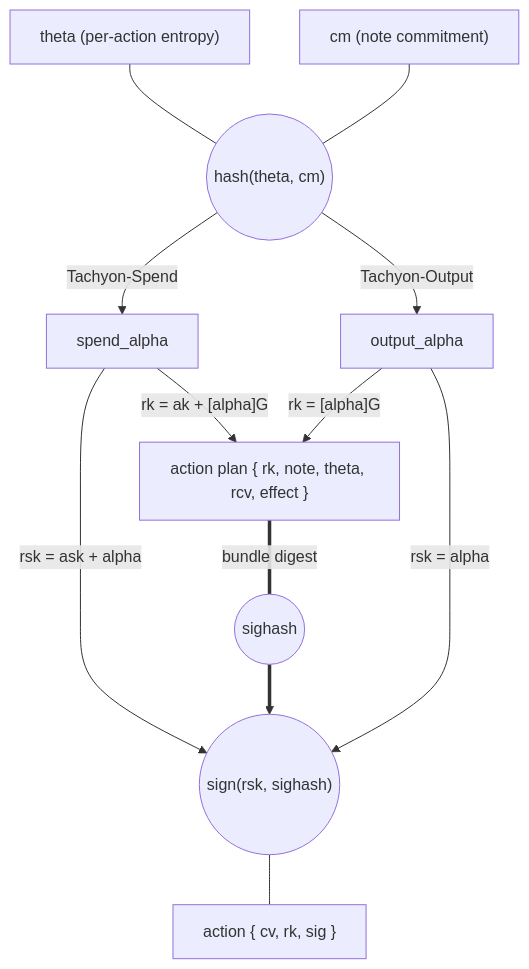
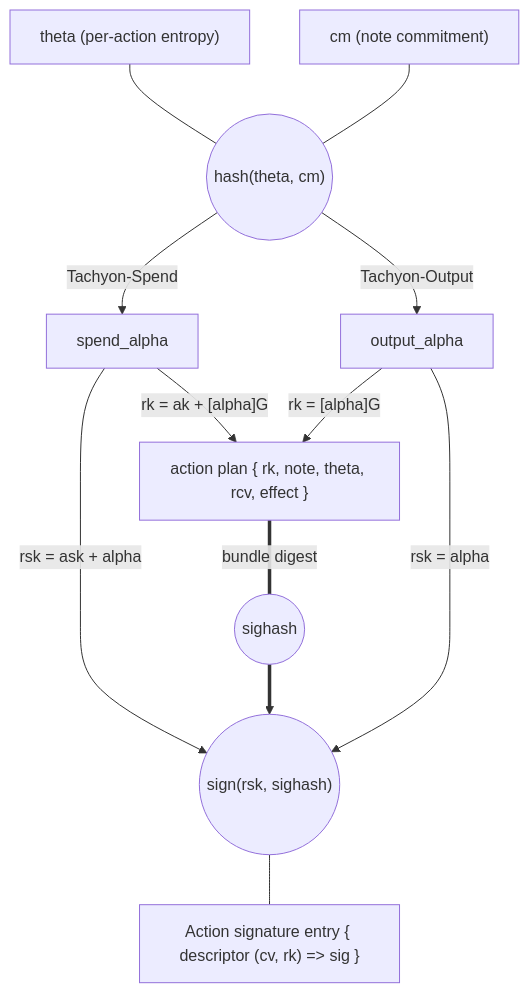
Before and after one commit to tachyon-zcash/tachyon: the first of 3 diagrams in book/src/authorization.md, drawn with Mermaid. The commit also changed other lines of this file and 31 other files, not shown here.

````diff
--- a/book/src/authorization.md
+++ b/book/src/authorization.md
@@ -12,24 +12,24 @@
 ```mermaid
 flowchart TB
     theta["theta (per-action entropy)"]
     cm["cm (note commitment)"]
     hash(("hash(theta, cm)"))
 
     theta & cm --- hash
 
     hash -->|"Tachyon-Spend"| spend_alpha
     hash -->|"Tachyon-Output"| output_alpha
 
     spend_alpha -->|"rk = ak + [alpha]G"| plan
     output_alpha -->|"rk = [alpha]G"| plan
 
     plan["action plan { rk, note, theta, rcv, effect }"]
     plan ===|"bundle digest"| sighash((sighash))
 
     spend_alpha -->|"rsk = ask + alpha"| sign
     sighash ==> sign
     output_alpha -->|"rsk = alpha"| sign
 
     sign(("sign(rsk, sighash)"))
-    sign --- action["action { cv, rk, sig }"]
+    sign --- action["Action signature entry { descriptor (cv, rk) => sig }"]
 ```
````
